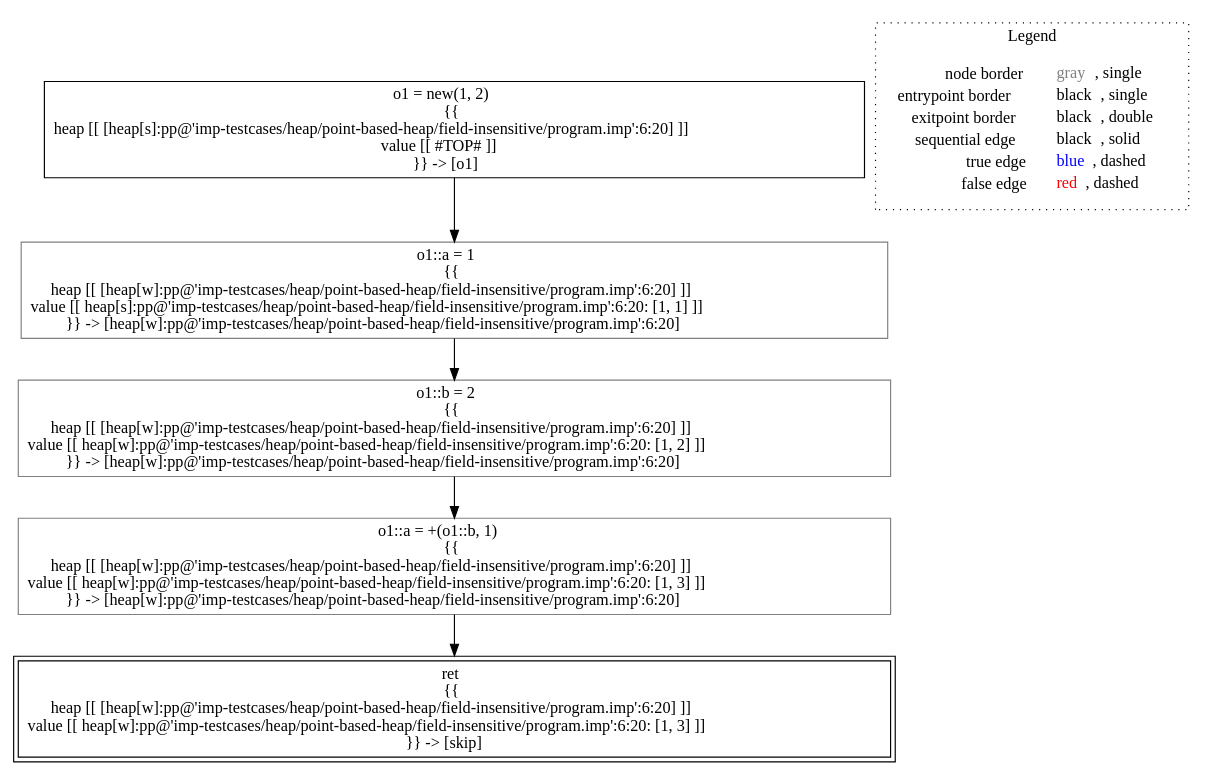
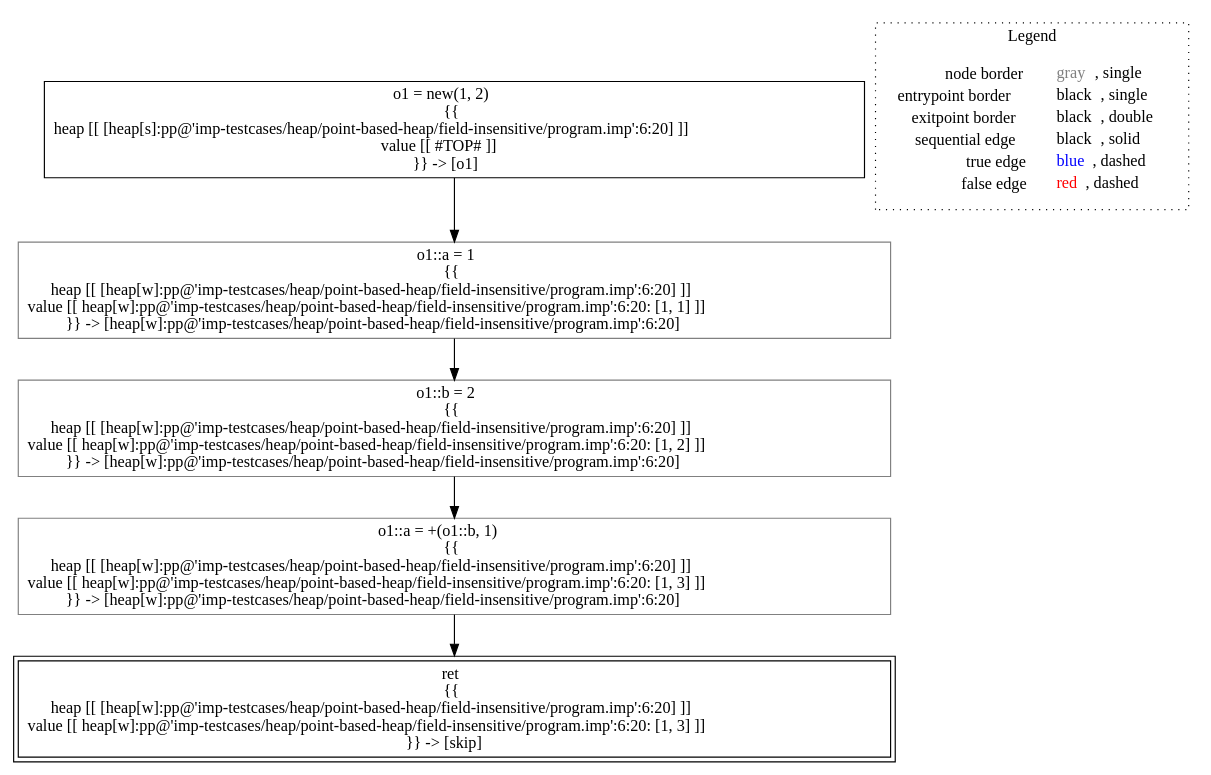
One commit to lisa-analyzer/lisa changed the diagram in lisa/imp-testcases/heap/point-based-heap/field-insensitive/analysis___untyped_A.f1(A_this).dot. Above: the diagram before and after it, drawn with Graphviz. The commit also changed 29 other files, not shown here.

```diff
--- a/lisa/imp-testcases/heap/point-based-heap/field-insensitive/analysis___untyped_A.f1(A_this).dot
+++ b/lisa/imp-testcases/heap/point-based-heap/field-insensitive/analysis___untyped_A.f1(A_this).dot
@@ -1,18 +1,18 @@
 digraph {
 	"node0" [shape="rect",color="black",label=<o1 = new(1, 2)<BR/>{{<BR/>heap [[ [heap[s]:pp@'imp-testcases/heap/point-based-heap/field-insensitive/program.imp':6:20] ]]<BR/>value [[ #TOP# ]]<BR/>}} -&gt; [o1]>];
-	"node1" [shape="rect",color="black",peripheries="2",label=<ret<BR/>{{<BR/>heap [[ [heap[w]:pp@'imp-testcases/heap/point-based-heap/field-insensitive/program.imp':6:20] ]]<BR/>value [[ heap[w]:pp@'imp-testcases/heap/point-based-heap/field-insensitive/program.imp':6:20: [1, 3] ]]<BR/>}} -&gt; [skip]>];
-	"node2" [shape="rect",color="gray",label=<o1::a = 1<BR/>{{<BR/>heap [[ [heap[w]:pp@'imp-testcases/heap/point-based-heap/field-insensitive/program.imp':6:20] ]]<BR/>value [[ heap[s]:pp@'imp-testcases/heap/point-based-heap/field-insensitive/program.imp':6:20: [1, 1] ]]<BR/>}} -&gt; [heap[w]:pp@'imp-testcases/heap/point-based-heap/field-insensitive/program.imp':6:20]>];
+	"node1" [shape="rect",color="gray",label=<o1::a = 1<BR/>{{<BR/>heap [[ [heap[w]:pp@'imp-testcases/heap/point-based-heap/field-insensitive/program.imp':6:20] ]]<BR/>value [[ heap[w]:pp@'imp-testcases/heap/point-based-heap/field-insensitive/program.imp':6:20: [1, 1] ]]<BR/>}} -&gt; [heap[w]:pp@'imp-testcases/heap/point-based-heap/field-insensitive/program.imp':6:20]>];
+	"node2" [shape="rect",color="black",peripheries="2",label=<ret<BR/>{{<BR/>heap [[ [heap[w]:pp@'imp-testcases/heap/point-based-heap/field-insensitive/program.imp':6:20] ]]<BR/>value [[ heap[w]:pp@'imp-testcases/heap/point-based-heap/field-insensitive/program.imp':6:20: [1, 3] ]]<BR/>}} -&gt; [skip]>];
 	"node3" [shape="rect",color="gray",label=<o1::b = 2<BR/>{{<BR/>heap [[ [heap[w]:pp@'imp-testcases/heap/point-based-heap/field-insensitive/program.imp':6:20] ]]<BR/>value [[ heap[w]:pp@'imp-testcases/heap/point-based-heap/field-insensitive/program.imp':6:20: [1, 2] ]]<BR/>}} -&gt; [heap[w]:pp@'imp-testcases/heap/point-based-heap/field-insensitive/program.imp':6:20]>];
 	"node4" [shape="rect",color="gray",label=<o1::a = +(o1::b, 1)<BR/>{{<BR/>heap [[ [heap[w]:pp@'imp-testcases/heap/point-based-heap/field-insensitive/program.imp':6:20] ]]<BR/>value [[ heap[w]:pp@'imp-testcases/heap/point-based-heap/field-insensitive/program.imp':6:20: [1, 3] ]]<BR/>}} -&gt; [heap[w]:pp@'imp-testcases/heap/point-based-heap/field-insensitive/program.imp':6:20]>];
-	"node2" -> "node3" [color="black"];
+	"node1" -> "node3" [color="black"];
+	"node0" -> "node1" [color="black"];
 	"node3" -> "node4" [color="black"];
-	"node4" -> "node1" [color="black"];
-	"node0" -> "node2" [color="black"];
+	"node4" -> "node2" [color="black"];
 subgraph cluster_legend {
 	label="Legend";
 	style=dotted;
 	node [shape=plaintext];
 	"legend" [label=<<table border="0" cellpadding="2" cellspacing="0" cellborder="0"><tr><td align="right">node border&nbsp;</td><td align="left"><font color="gray">gray</font>, single</td></tr><tr><td align="right">entrypoint border&nbsp;</td><td align="left"><font color="black">black</font>, single</td></tr><tr><td align="right">exitpoint border&nbsp;</td><td align="left"><font color="black">black</font>, double</td></tr><tr><td align="right">sequential edge&nbsp;</td><td align="left"><font color="black">black</font>, solid</td></tr><tr><td align="right">true edge&nbsp;</td><td align="left"><font color="blue">blue</font>, dashed</td></tr><tr><td align="right">false edge&nbsp;</td><td align="left"><font color="red">red</font>, dashed</td></tr></table>>];
 }
 
 }
```
